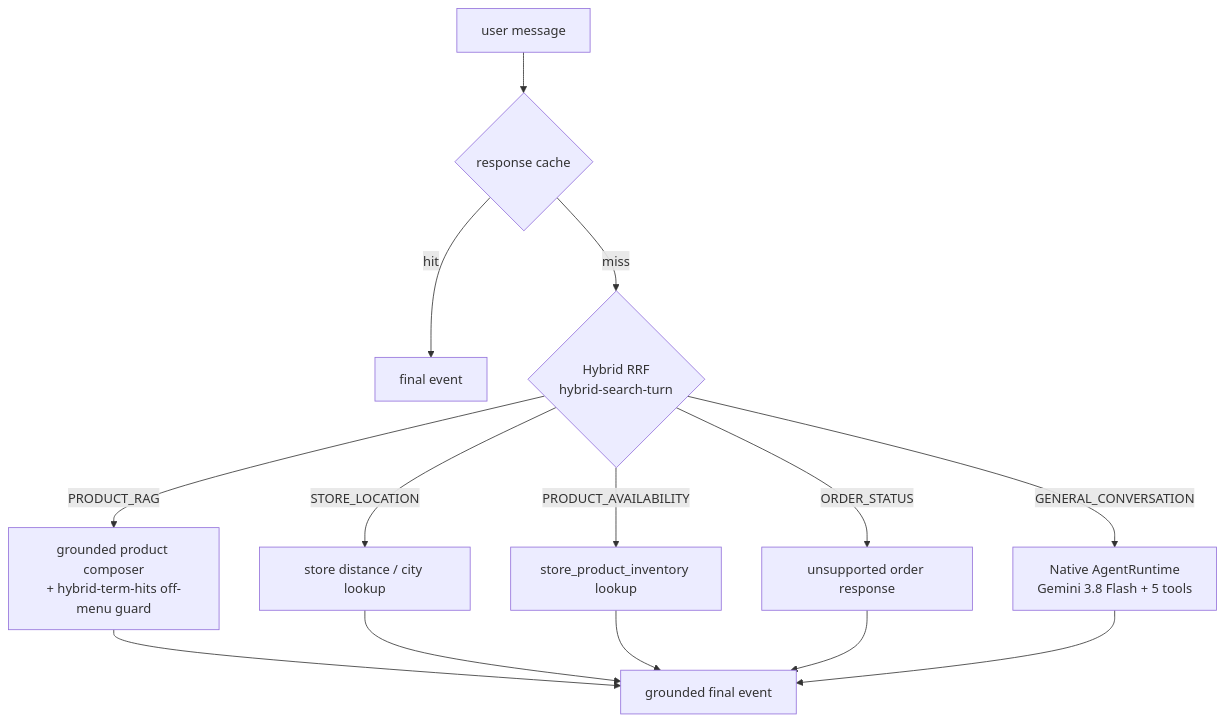
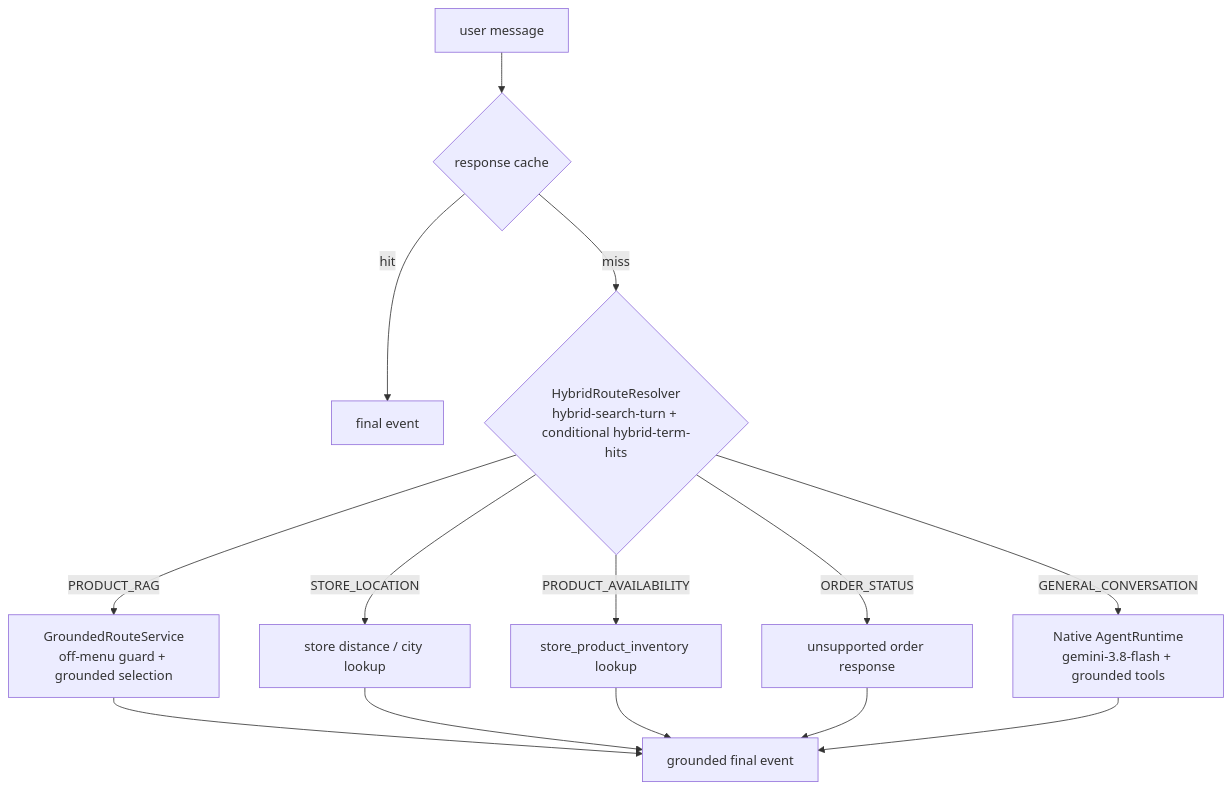
The diagram in docs/concepts/agent-flow.md (cofin/oracledb-vertexai-demo), drawn with Mermaid before and after one commit. The commit also changed other lines of this file and 107 other files, not shown here.

````diff
--- a/docs/concepts/agent-flow.md
+++ b/docs/concepts/agent-flow.md
@@ -12,16 +16,16 @@
 ```{mermaid}
 flowchart TD
     Q[user message] --> C{response cache}
     C -->|hit| H[final event]
-    C -->|miss| R{Hybrid RRF<br/>hybrid-search-turn}
-    R -->|PRODUCT_RAG| P[grounded product composer<br/>+ hybrid-term-hits off-menu guard]
+    C -->|miss| R{HybridRouteResolver<br/>hybrid-search-turn + conditional hybrid-term-hits}
+    R -->|PRODUCT_RAG| P[GroundedRouteService<br/>off-menu guard + grounded selection]
     R -->|STORE_LOCATION| S[store distance / city lookup]
     R -->|PRODUCT_AVAILABILITY| A[store_product_inventory lookup]
     R -->|ORDER_STATUS| U[unsupported order response]
-    R -->|GENERAL_CONVERSATION| W[Native AgentRuntime<br/>Gemini 3.8 Flash + 5 tools]
+    R -->|GENERAL_CONVERSATION| W[Native AgentRuntime<br/>gemini-3.8-flash + grounded tools]
     P --> F[grounded final event]
     S --> F
     A --> F
     U --> F
     W --> F
 ```
````
